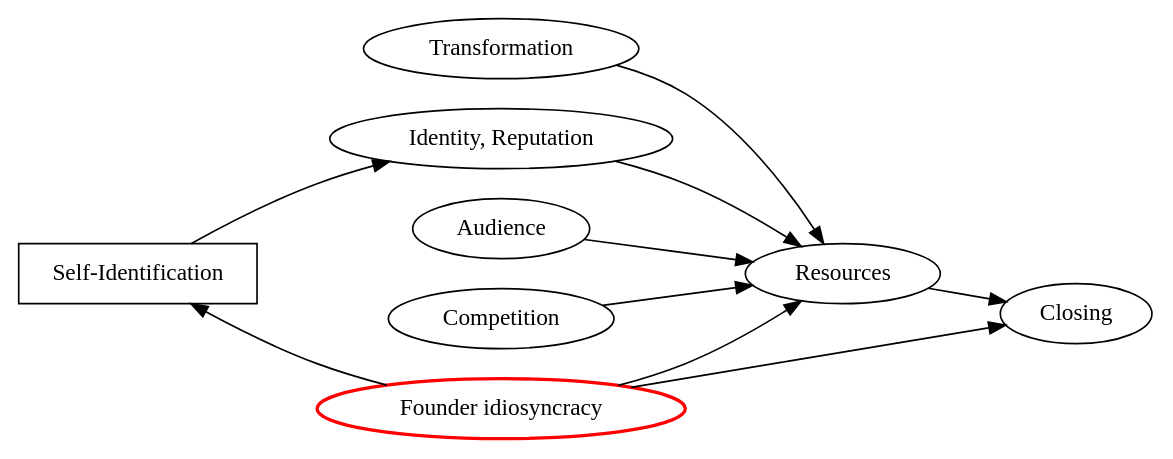
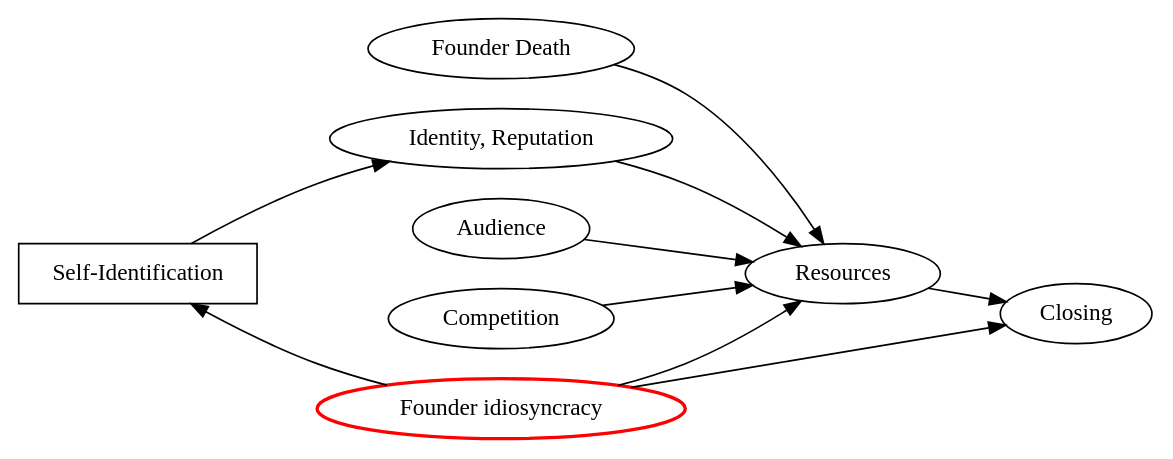
Before and after one commit to swhalemwo/pm_closing: the second of 2 diagrams in texts/pres_euram24.org, drawn with Graphviz. The commit also changed other lines of this file, not shown here.

```diff
--- a/texts/pres_euram24.org
+++ b/texts/pres_euram24.org
@@ -290,26 +330,26 @@
 #+begin_src dot :exports results :results output graphics file :file relations3.pdf :width 6 :height 5.5
 digraph D {
   rankdir = "LR";
 
 
-  Transformation -> Resources
+  founder_death -> Resources
   identity -> Resources
   Audience -> Resources -> Closing
   Competition -> Resources
 
   identity[label="Identity, Reputation"]
-
+  founder_death[label = "Founder Death"]
 
   self_id[label = "Self-Identification", shape = "box"]
   founder_choices[label = "Founder idiosyncracy", color = "red", penwidth = 2]
   founder_choices -> Resources
   founder_choices -> Closing
   self_id -> founder_choices[dir = "back"]
 
   self_id -> identity
 
   
 }
 
 
 #+end_src
```
